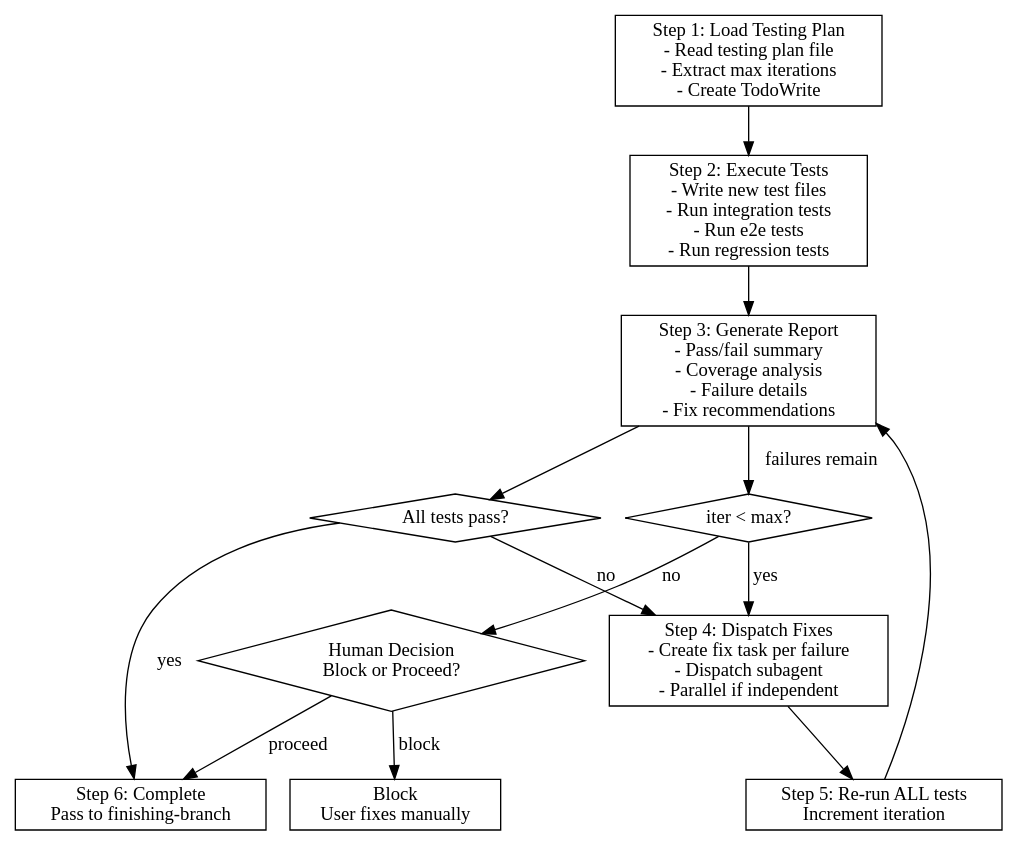
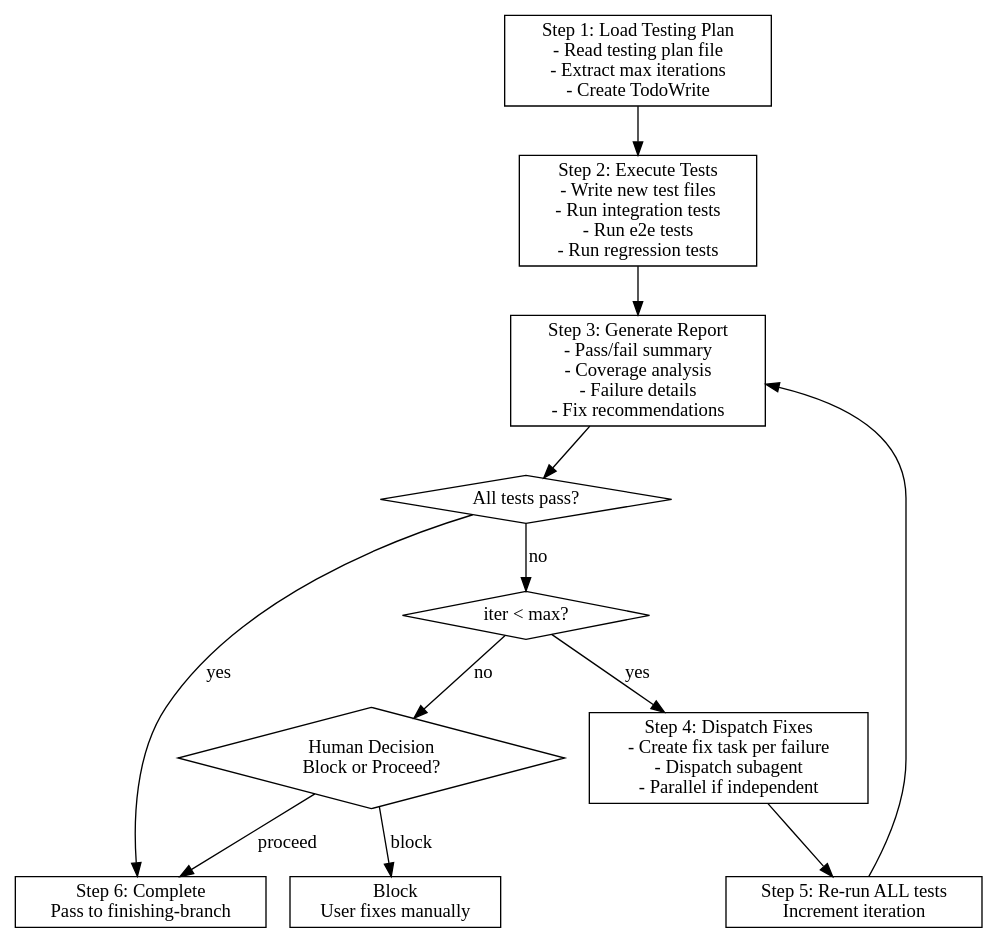
Before and after one commit to ekain-fr/superpowers: the diagram in skills/testing/SKILL.md, drawn with Graphviz. The commit also changed 1 other file, not shown here.

Commit message:
fix(testing): correct flowchart logic and add /testing command
- Fixed ambiguous flowchart edges: check failures now route to maxcheck
  before dispatch, creating clear iteration loop
- Added commands/testing.md to enable direct `/testing` invocation

````diff
--- a/skills/testing/SKILL.md
+++ b/skills/testing/SKILL.md
@@ -24,29 +24,28 @@
 ```dot
 digraph testing_process {
     rankdir=TB;
 
     load [label="Step 1: Load Testing Plan\n- Read testing plan file\n- Extract max iterations\n- Create TodoWrite" shape=box];
     execute [label="Step 2: Execute Tests\n- Write new test files\n- Run integration tests\n- Run e2e tests\n- Run regression tests" shape=box];
     report [label="Step 3: Generate Report\n- Pass/fail summary\n- Coverage analysis\n- Failure details\n- Fix recommendations" shape=box];
     check [label="All tests pass?" shape=diamond];
     dispatch [label="Step 4: Dispatch Fixes\n- Create fix task per failure\n- Dispatch subagent\n- Parallel if independent" shape=box];
     retest [label="Step 5: Re-run ALL tests\nIncrement iteration" shape=box];
     maxcheck [label="iter < max?" shape=diamond];
     human [label="Human Decision\nBlock or Proceed?" shape=diamond];
     complete [label="Step 6: Complete\nPass to finishing-branch" shape=box];
     block [label="Block\nUser fixes manually" shape=box];
 
     load -> execute;
     execute -> report;
     report -> check;
     check -> complete [label="yes"];
-    check -> dispatch [label="no"];
+    check -> maxcheck [label="no"];
+    maxcheck -> dispatch [label="yes"];
+    maxcheck -> human [label="no"];
     dispatch -> retest;
     retest -> report;
-    report -> maxcheck [label="failures remain"];
-    maxcheck -> dispatch [label="yes"];
-    maxcheck -> human [label="no"];
     human -> complete [label="proceed"];
     human -> block [label="block"];
 }
 ```
````
